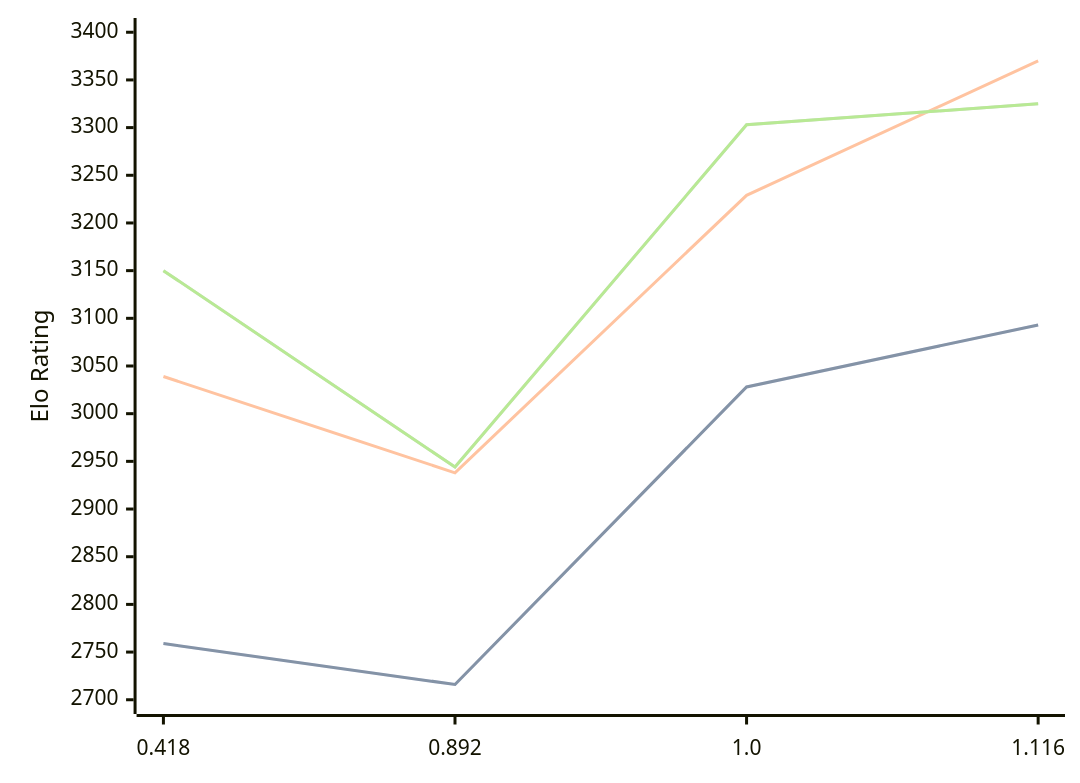
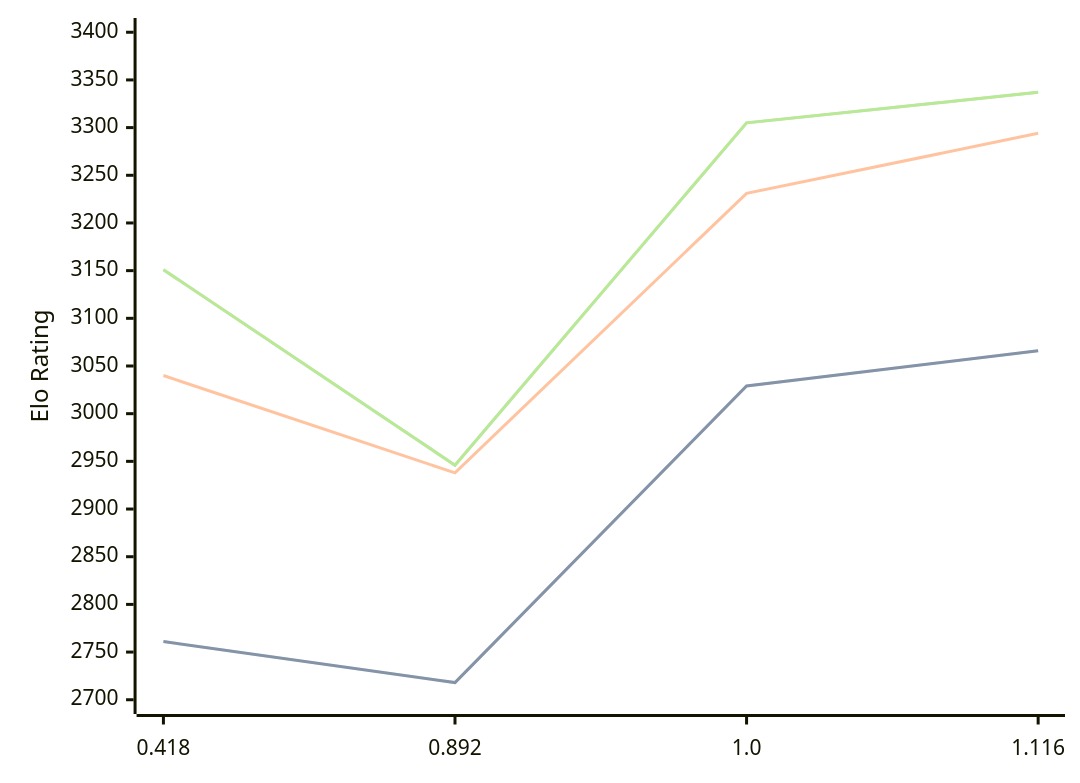
Before and after one commit to computer-chess-index/cci: the diagram in engines/Malika.md, drawn with Mermaid. The commit also changed other lines of this file, not shown here.

Commit message:
Update CCI Ratings (ELO VLTC) - 2026-05-12

````diff
--- a/engines/Malika.md
+++ b/engines/Malika.md
@@ -34,11 +34,11 @@
 ```mermaid
 %%{init: {"theme":"base","themeVariables":{"seriesColors:['#a3a3a3','#222221','#faa371']}}}%%
 xychart-beta
   x-axis ["0.418", "0.892", "1.0", "1.116"]
   y-axis "Elo Rating" 2700 --> 3400
-  line "STC (8.0+0.08s)" [2759, 2716, 3028, 3093]
-  line "STC (8.0+0.08s)" [2759, 2716, 3028, 3093]
-  line "LTC (60.0+0.60s)" [3039, 2938, 3229, 3370]
-  line "VLTC (2m24s+1.12s)" [3150, 2944, 3303, 3325]
-  line "VLTC (2m24s+1.12s)" [3150, 2944, 3303, 3325]
+  line "STC (8.0+0.08s)" [2761, 2718, 3029, 3066]
+  line "STC (8.0+0.08s)" [2761, 2718, 3029, 3066]
+  line "LTC (60.0+0.60s)" [3040, 2938, 3231, 3294]
+  line "VLTC (2m24s+1.12s)" [3151, 2946, 3305, 3337]
+  line "VLTC (2m24s+1.12s)" [3151, 2946, 3305, 3337]
 ```
````
